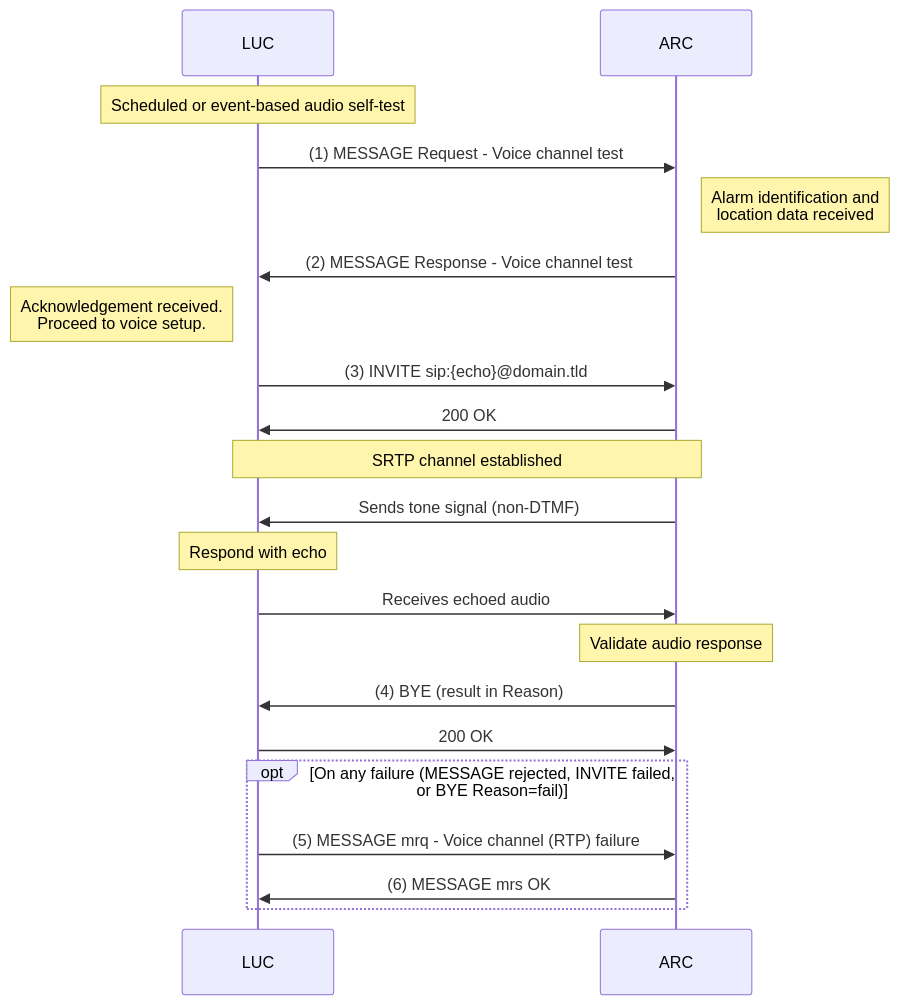
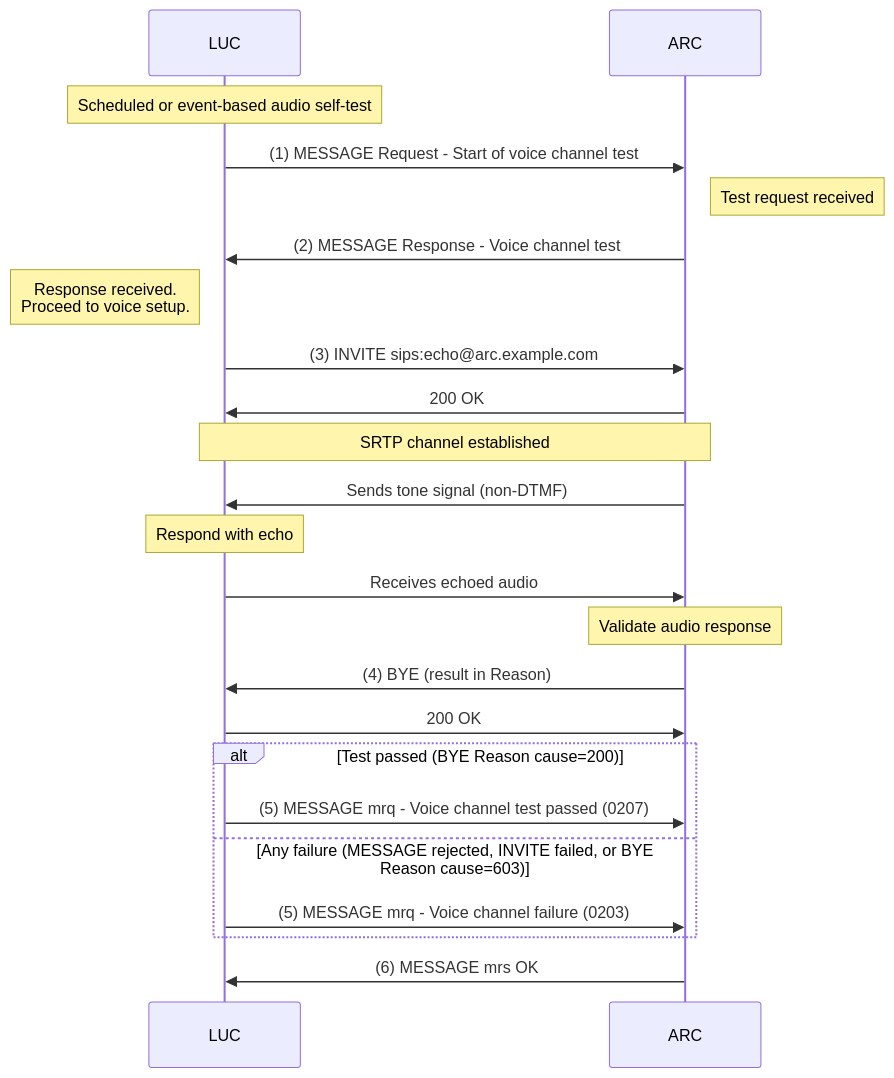
Before and after one commit to Telegartner-Elektronik/LACS-Protocol: the seventh of 12 diagrams in LACS-usecases.md, drawn with Mermaid. The commit also changed other lines of this file and 10 other files, not shown here.

````diff
--- a/LACS-usecases.md
+++ b/LACS-usecases.md
@@ -784,32 +993,34 @@
 ```mermaid
 sequenceDiagram
     participant LUC
     participant ARC
 
     Note over LUC: Scheduled or event-based audio self-test
 
-    LUC->>ARC: (1) MESSAGE Request - Voice channel test
-    Note right of ARC: Alarm identification and<br> location data received
+    LUC->>ARC: (1) MESSAGE Request - Start of voice channel test
+    Note right of ARC: Test request received
 
     ARC->>LUC: (2) MESSAGE Response - Voice channel test
-    Note left of LUC: Acknowledgement received.<br>Proceed to voice setup.
+    Note left of LUC: Response received.<br>Proceed to voice setup.
 
-    LUC->>ARC: (3) INVITE sip:{echo}@domain.tld
+    LUC->>ARC: (3) INVITE sips:echo@arc.example.com
     ARC->>LUC: 200 OK
 
     Note over ARC, LUC: SRTP channel established
 
-	ARC->>LUC: Sends tone signal (non-DTMF)
-	Note over LUC: Respond with echo
+    ARC->>LUC: Sends tone signal (non-DTMF)
+    Note over LUC: Respond with echo
     LUC->>ARC: Receives echoed audio
     Note over ARC: Validate audio response
 
     ARC->>LUC: (4) BYE (result in Reason)
     LUC->>ARC: 200 OK
     
-    opt On any failure (MESSAGE rejected, INVITE failed, or BYE Reason=fail)
-        LUC->>ARC: (5) MESSAGE mrq - Voice channel (RTP) failure
-        ARC->>LUC: (6) MESSAGE mrs OK
+    alt Test passed (BYE Reason cause=200)
+        LUC->>ARC: (5) MESSAGE mrq - Voice channel test passed (0207)
+    else Any failure (MESSAGE rejected, INVITE failed, or BYE Reason cause=603)
+        LUC->>ARC: (5) MESSAGE mrq - Voice channel failure (0203)
     end
+    ARC->>LUC: (6) MESSAGE mrs OK
 
 ```
````
